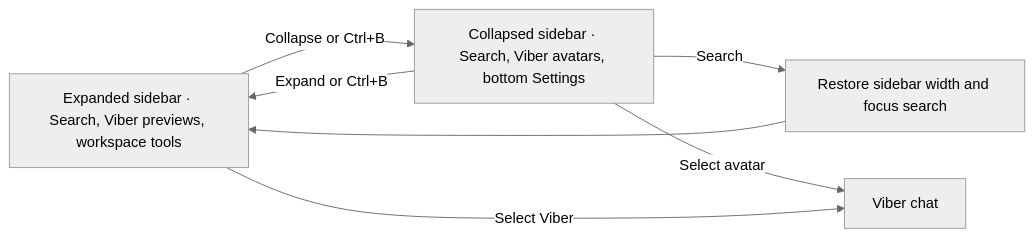
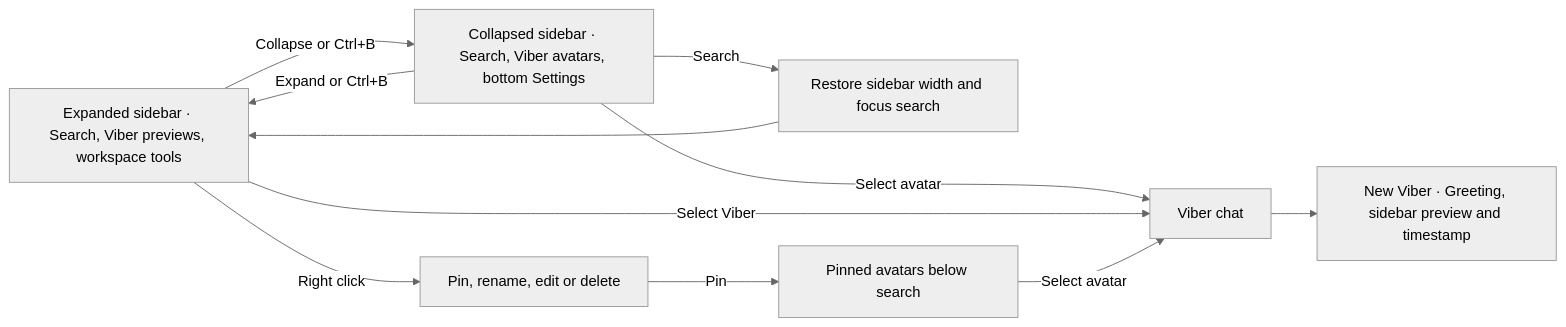
Before and after one commit to akshajrawat/akkco-vibestar: the fifth of 5 diagrams in FEATUREMAP.md, drawn with Mermaid (neutral theme). The commit also changed other lines of this file and 45 other files, not shown here.

````diff
--- a/FEATUREMAP.md
+++ b/FEATUREMAP.md
@@ -156,8 +162,12 @@
 ```mermaid
 flowchart LR
     Open["Expanded sidebar · Search, Viber previews, workspace tools"] -->|Collapse or Ctrl+B| Rail["Collapsed sidebar · Search, Viber avatars, bottom Settings"]
     Rail -->|Expand or Ctrl+B| Open
     Rail -->|Search| Focus["Restore sidebar width and focus search"] --> Open
     Rail -->|Select avatar| Chat["Viber chat"]
     Open -->|Select Viber| Chat
+    Open -->|Right click| Actions["Pin, rename, edit or delete"]
+    Actions -->|Pin| Pinned["Pinned avatars below search"]
+    Pinned -->|Select avatar| Chat
+    Chat --> Greeting["New Viber · Greeting, sidebar preview and timestamp"]
 ```
````
